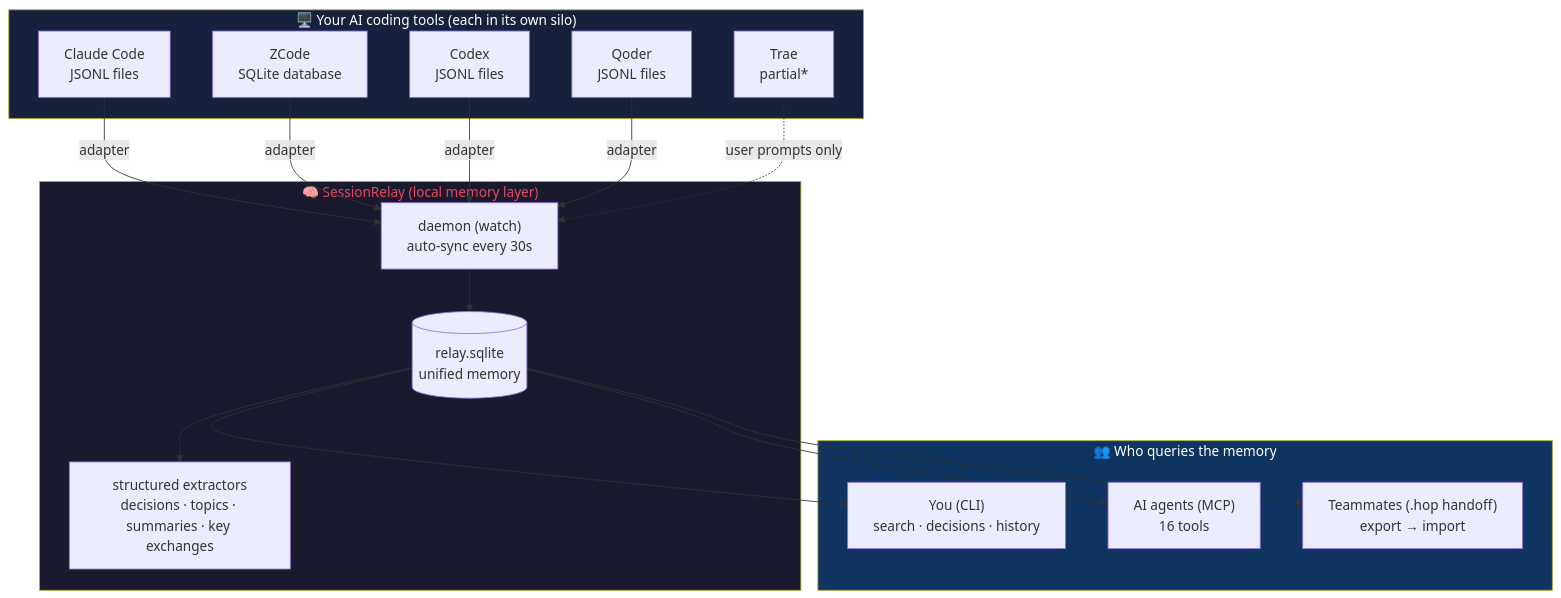
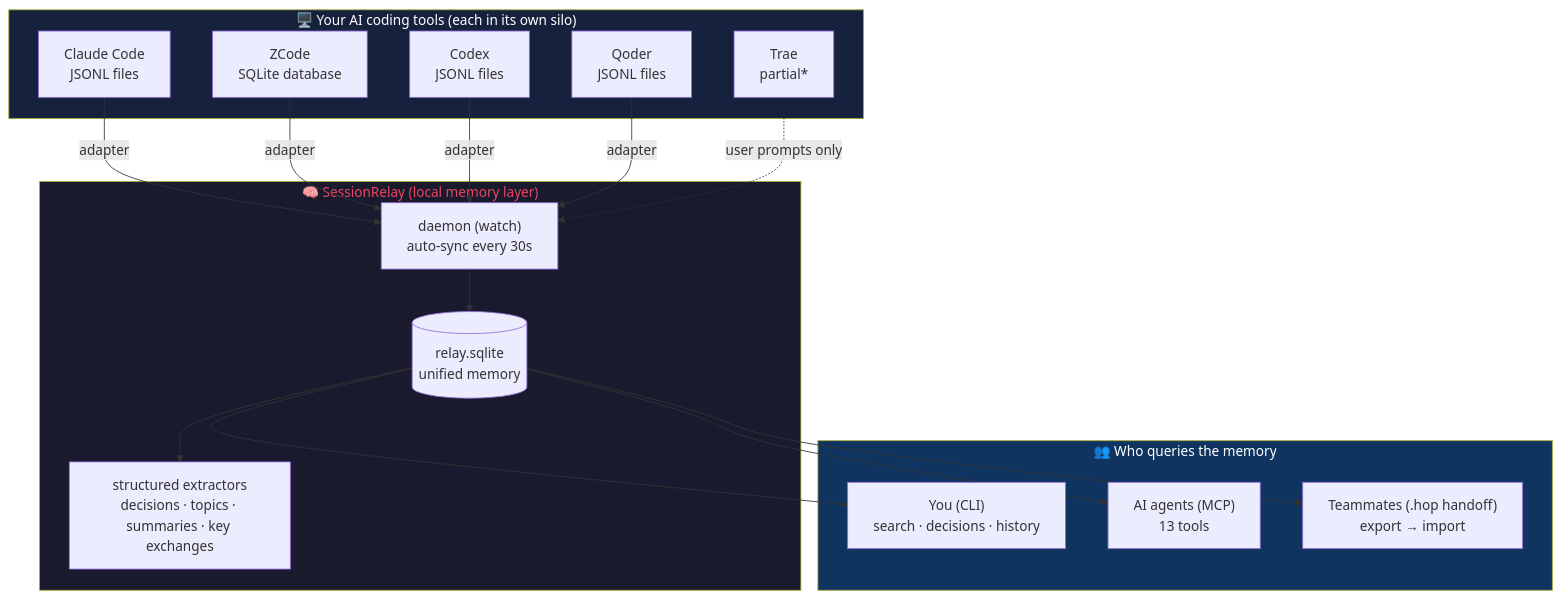
One commit to EwanJasper/SessionRelay changed the first of 3 diagrams in README.en.md. Above: the diagram before and after it, drawn with Mermaid. The commit also changed other lines of this file and 2 other files, not shown here.

````diff
--- a/README.en.md
+++ b/README.en.md
@@ -53,37 +83,37 @@
 ```mermaid
 graph TB
     subgraph Sources["🖥️ Your AI coding tools (each in its own silo)"]
         CC["Claude Code<br/>JSONL files"]
         ZC["ZCode<br/>SQLite database"]
         CX["Codex<br/>JSONL files"]
         QD["Qoder<br/>JSONL files"]
         TR["Trae<br/>partial*"]
     end
 
     subgraph Relay["🧠 SessionRelay (local memory layer)"]
         DAEMON["daemon (watch)<br/>auto-sync every 30s"]
         DB[("relay.sqlite<br/>unified memory")]
         EXTRACT["structured extractors<br/>decisions · topics · summaries · key exchanges"]
     end
 
     subgraph Consumers["👥 Who queries the memory"]
         YOU["You (CLI)<br/>search · decisions · history"]
-        AGENT["AI agents (MCP)<br/>16 tools"]
+        AGENT["AI agents (MCP)<br/>13 tools"]
         TEAM["Teammates (.hop handoff)<br/>export → import"]
     end
 
     CC -->|adapter| DAEMON
     ZC -->|adapter| DAEMON
     CX -->|adapter| DAEMON
     QD -->|adapter| DAEMON
     TR -.->|user prompts only| DAEMON
     DAEMON --> DB
     DB --> EXTRACT
     DB --> YOU
     DB --> AGENT
     DB --> TEAM
 
     style Relay fill:#1a1a2e,color:#e94560
     style Sources fill:#16213e,color:#fff
     style Consumers fill:#0f3460,color:#fff
 ```
````
